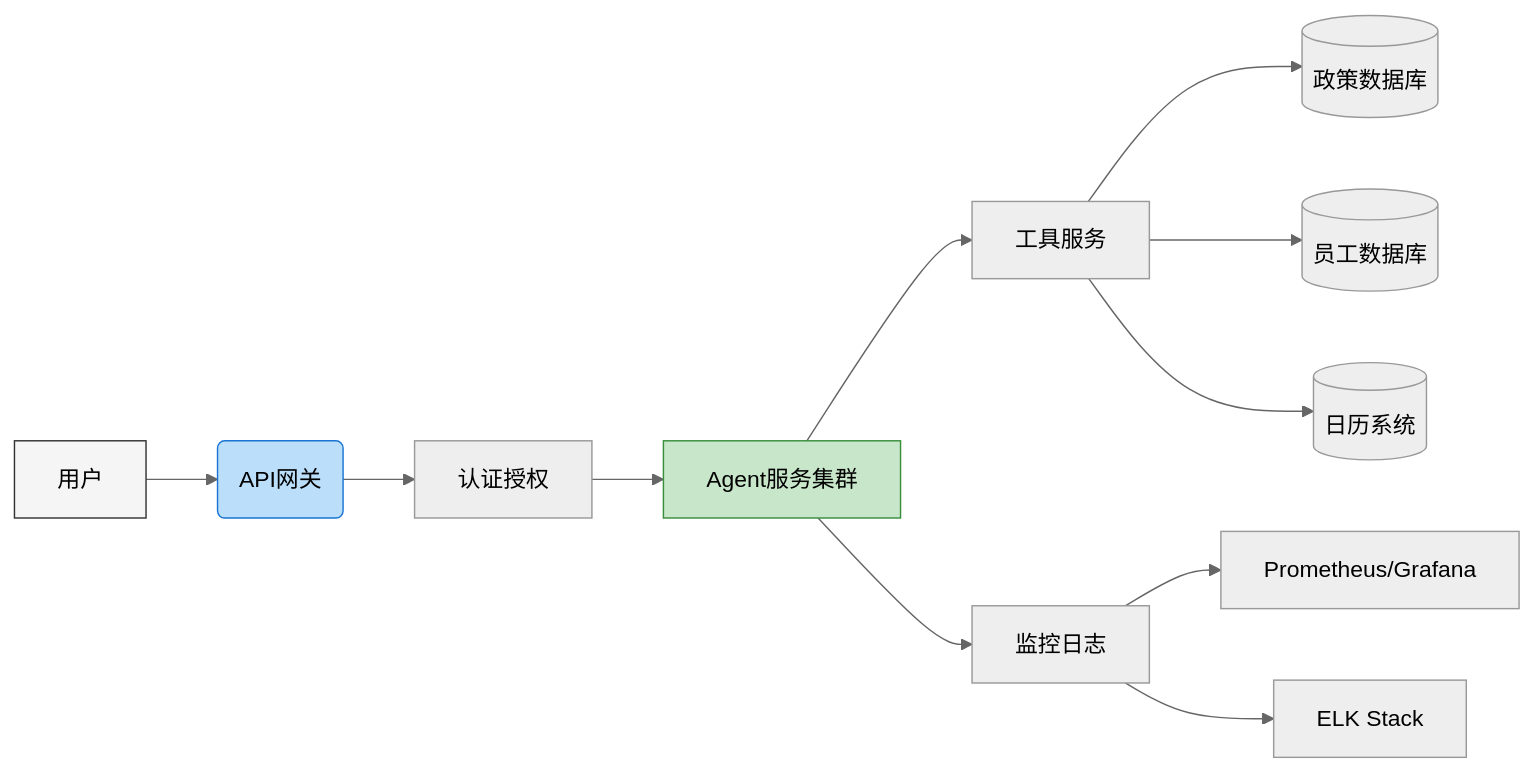
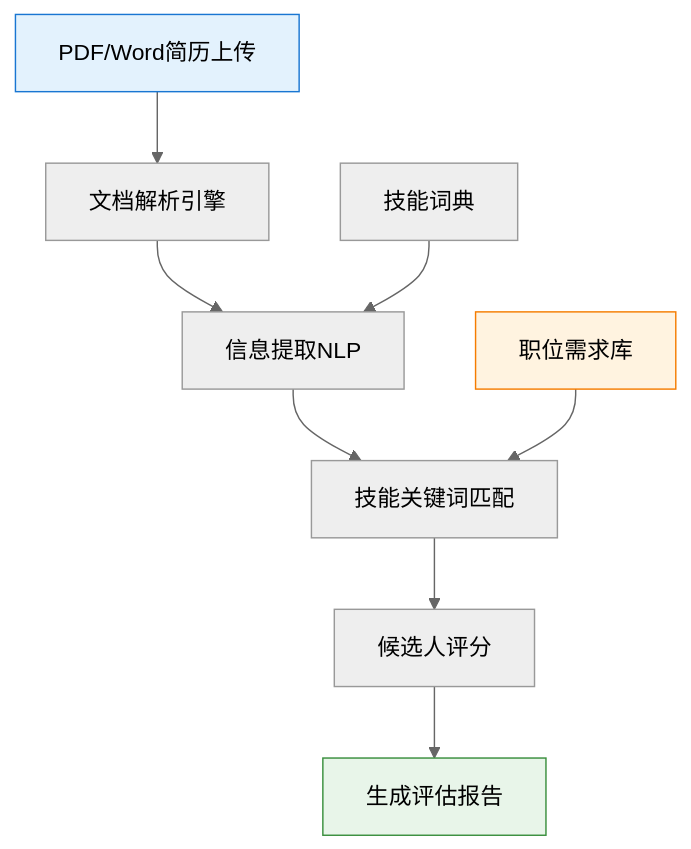
The fourth of 6 diagrams in _posts/2025-07-14-intro-to-llm-agent-hr.md (KingdeGuo/kingdeguo.github.io), drawn with Mermaid (neutral theme) before and after one commit. The commit also changed other lines of this file, not shown here.

```diff
--- a/_posts/2025-07-14-intro-to-llm-agent-hr.md
+++ b/_posts/2025-07-14-intro-to-llm-agent-hr.md
@@ -247,16 +323,15 @@
 <div class="mermaid">
-graph LR
-    A[用户] --> B(API网关)
-    B --> C[认证授权]
-    C --> D[Agent服务集群]
-    D --> E[工具服务]
-    E --> F[(政策数据库)]
-    E --> G[(员工数据库)]
-    E --> H[(日历系统)]
-    D --> I[监控日志]
-    I --> J[Prometheus/Grafana]
-    I --> K[ELK Stack]
-    style A fill:#f5f5f5,stroke:#333
-    style B fill:#bbdefb,stroke:#1976d2
-    style D fill:#c8e6c9,stroke:#388e3c
+graph TD
+    A[PDF/Word简历上传] --> B[文档解析引擎]
+    B --> C[信息提取NLP]
+    C --> D[技能关键词匹配]
+    D --> E[候选人评分]
+    E --> F[生成评估报告]
+    
+    G[职位需求库] --> D
+    H[技能词典] --> C
+    
+    style A fill:#e3f2fd,stroke:#1976d2
+    style F fill:#e8f5e9,stroke:#388e3c
+    style G fill:#fff3e0,stroke:#f57c00
 </div>
```
